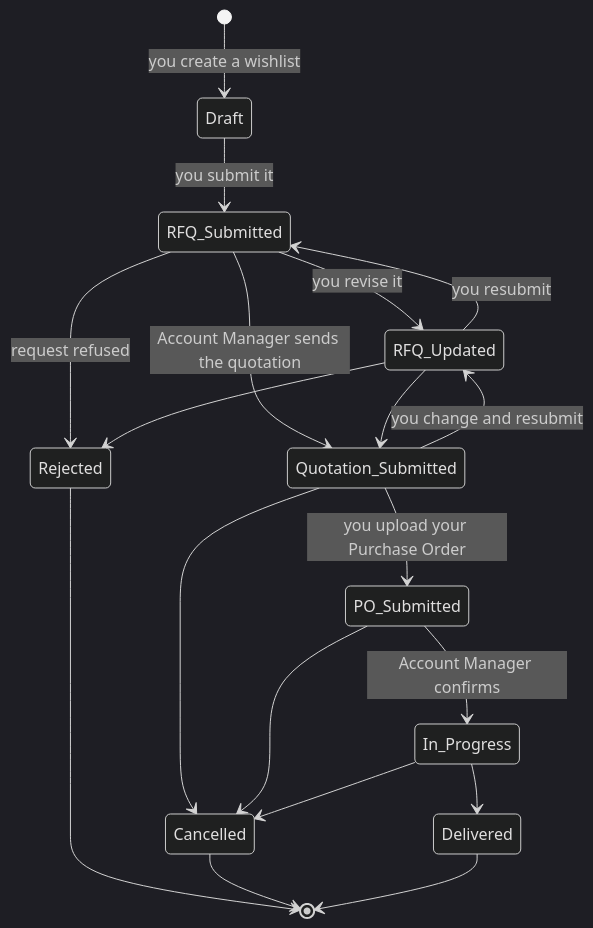
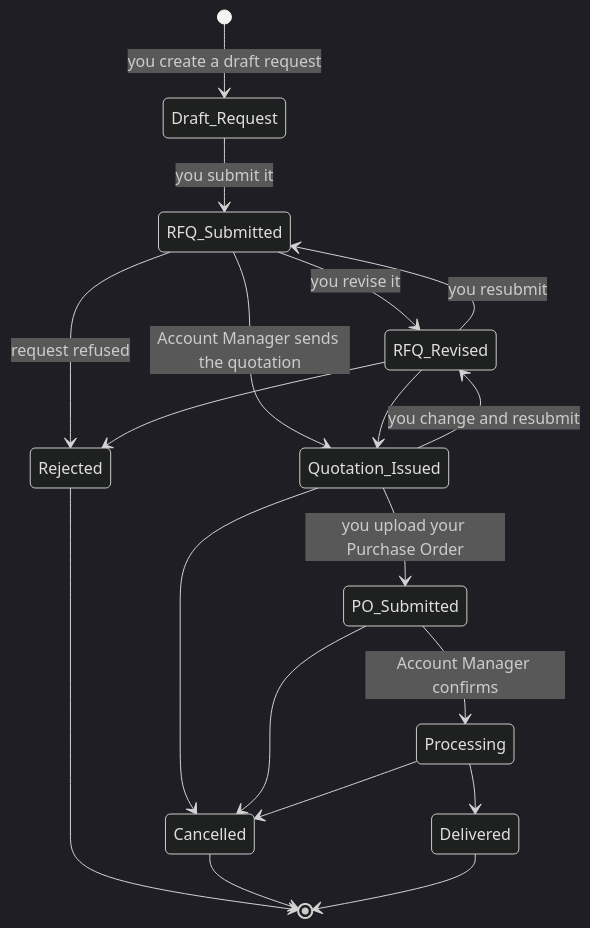
Before and after one commit to LaplaceSoftware/lp_projects_docs: the first of 2 diagrams in docs_client/_client_user_guide/008-The-Order-Lifecycle.md, drawn with Mermaid (dark theme). The commit also changed other lines of this file and 48 other files, not shown here.

````diff
--- a/docs_client/_client_user_guide/008-The-Order-Lifecycle.md
+++ b/docs_client/_client_user_guide/008-The-Order-Lifecycle.md
@@ -10,29 +10,29 @@
 ```mermaid
 stateDiagram-v2
-    [*] --> Draft: you create a wishlist
+    [*] --> Draft_Request: you create a draft request
 
-    Draft --> RFQ_Submitted: you submit it
+    Draft_Request --> RFQ_Submitted: you submit it
 
-    RFQ_Submitted --> RFQ_Updated: you revise it
-    RFQ_Updated --> RFQ_Submitted: you resubmit
+    RFQ_Submitted --> RFQ_Revised: you revise it
+    RFQ_Revised --> RFQ_Submitted: you resubmit
 
-    RFQ_Submitted --> Quotation_Submitted: Account Manager sends the quotation
-    RFQ_Updated --> Quotation_Submitted
+    RFQ_Submitted --> Quotation_Issued: Account Manager sends the quotation
+    RFQ_Revised --> Quotation_Issued
 
     RFQ_Submitted --> Rejected: request refused
-    RFQ_Updated --> Rejected
+    RFQ_Revised --> Rejected
 
-    Quotation_Submitted --> PO_Submitted: you upload your Purchase Order
-    Quotation_Submitted --> RFQ_Updated: you change and resubmit
-    Quotation_Submitted --> Cancelled
+    Quotation_Issued --> PO_Submitted: you upload your Purchase Order
+    Quotation_Issued --> RFQ_Revised: you change and resubmit
+    Quotation_Issued --> Cancelled
 
-    PO_Submitted --> In_Progress: Account Manager confirms
+    PO_Submitted --> Processing: Account Manager confirms
     PO_Submitted --> Cancelled
 
-    In_Progress --> Delivered
-    In_Progress --> Cancelled
+    Processing --> Delivered
+    Processing --> Cancelled
 
     Rejected --> [*]
     Cancelled --> [*]
     Delivered --> [*]
 ```
````
